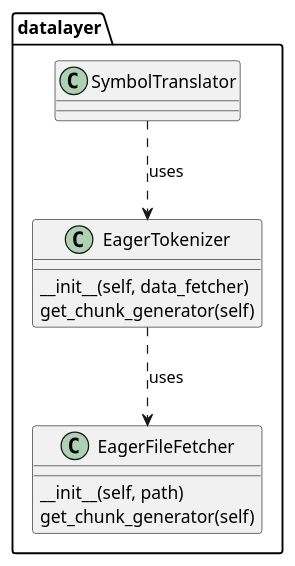
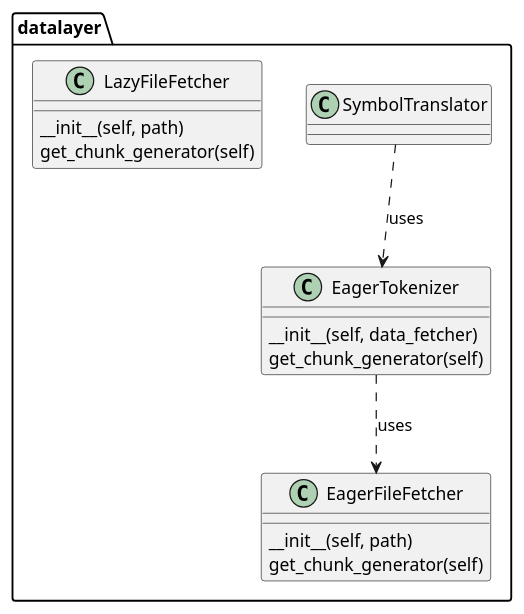
One commit to Michal-Stempkowski/sgcs changed the diagram in sgcs/diagrams/datalayer.wsd. Above: the diagram before and after it, drawn with PlantUML. The commit also changed 10 other files, not shown here.

```diff
--- a/sgcs/diagrams/datalayer.wsd
+++ b/sgcs/diagrams/datalayer.wsd
@@ -1,17 +1,21 @@
 @startuml
 
 package datalayer {
     class SymbolTranslator
     SymbolTranslator ..> EagerTokenizer: uses
 
     class EagerFileFetcher
     EagerFileFetcher : __init__(self, path)
     EagerFileFetcher : get_chunk_generator(self)
 
+    class LazyFileFetcher
+    LazyFileFetcher : __init__(self, path)
+    LazyFileFetcher : get_chunk_generator(self)
+
     class EagerTokenizer
     EagerTokenizer : __init__(self, data_fetcher)
     EagerTokenizer : get_chunk_generator(self)
     EagerTokenizer ..> EagerFileFetcher: uses
 }
 
 @enduml
```
